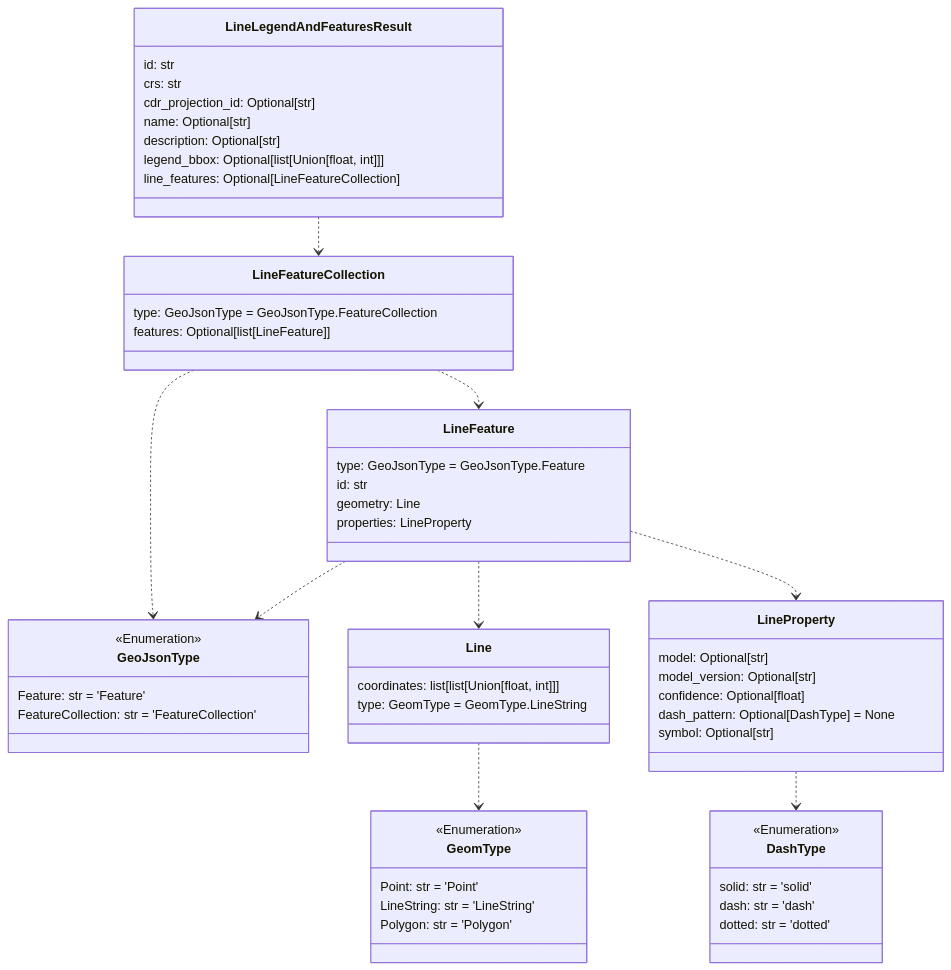
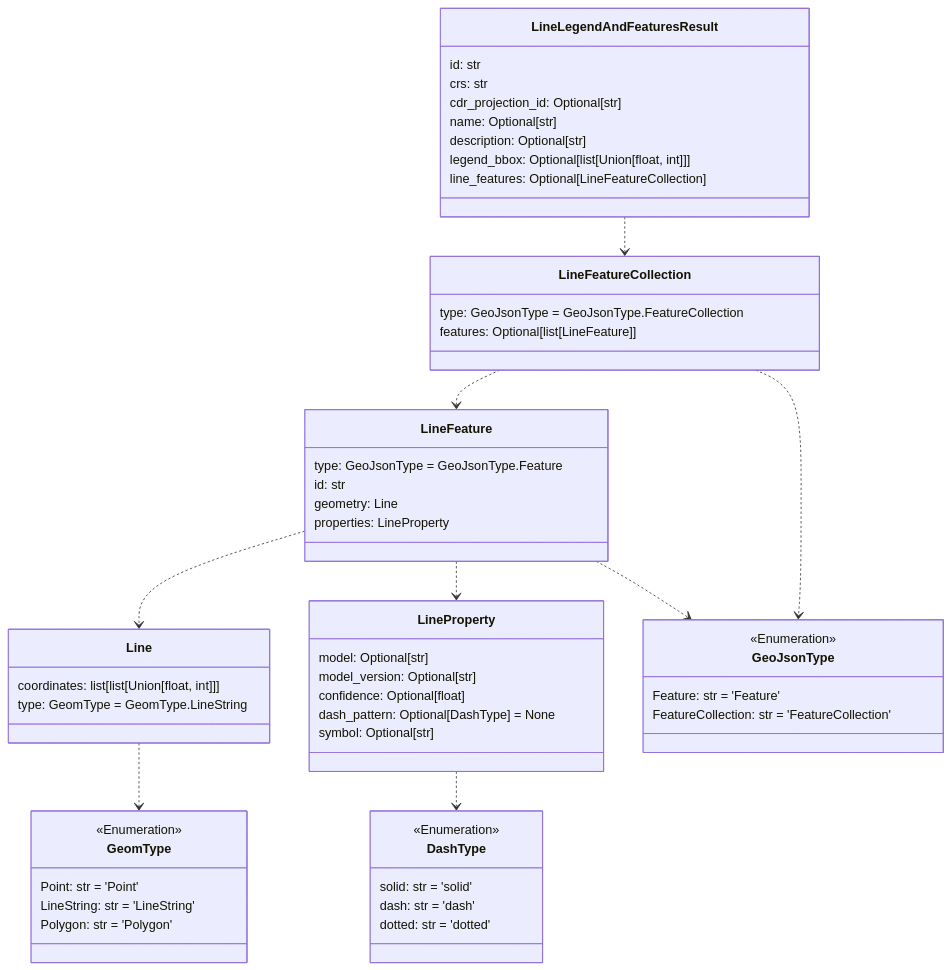
The fifth of 9 diagrams in README.md (UW-xDD/cdr_schemas), drawn with Mermaid before and after one commit. The commit also changed other lines of this file and 2 other files, not shown here.

````diff
--- a/README.md
+++ b/README.md
@@ -348,69 +348,69 @@
 ```mermaid
 classDiagram
 
-    class GeoJsonType {
-        <<Enumeration>>
-        Feature: str = 'Feature'
-        FeatureCollection: str = 'FeatureCollection'
+    class Line {
+        coordinates: list[list[Union[float, int]]]
+        type: GeomType = GeomType.LineString
     }
 
-    class LineFeatureCollection {
-        type: GeoJsonType = GeoJsonType.FeatureCollection
-        features: Optional[list[LineFeature]]
+    class DashType {
+        <<Enumeration>>
+        solid: str = 'solid'
+        dash: str = 'dash'
+        dotted: str = 'dotted'
     }
 
     class GeomType {
         <<Enumeration>>
         Point: str = 'Point'
         LineString: str = 'LineString'
         Polygon: str = 'Polygon'
     }
 
-    class Line {
-        coordinates: list[list[Union[float, int]]]
-        type: GeomType = GeomType.LineString
+    class LineFeatureCollection {
+        type: GeoJsonType = GeoJsonType.FeatureCollection
+        features: Optional[list[LineFeature]]
     }
 
     class LineProperty {
         model: Optional[str]
         model_version: Optional[str]
         confidence: Optional[float]
         dash_pattern: Optional[DashType] = None
         symbol: Optional[str]
+    }
+
+    class LineFeature {
+        type: GeoJsonType = GeoJsonType.Feature
+        id: str
+        geometry: Line
+        properties: LineProperty
     }
 
     class LineLegendAndFeaturesResult {
         id: str
         crs: str
         cdr_projection_id: Optional[str]
         name: Optional[str]
         description: Optional[str]
         legend_bbox: Optional[list[Union[float, int]]]
         line_features: Optional[LineFeatureCollection]
     }
 
-    class DashType {
+    class GeoJsonType {
         <<Enumeration>>
-        solid: str = 'solid'
-        dash: str = 'dash'
-        dotted: str = 'dotted'
-    }
-
-    class LineFeature {
-        type: GeoJsonType = GeoJsonType.Feature
-        id: str
-        geometry: Line
-        properties: LineProperty
+        Feature: str = 'Feature'
+        FeatureCollection: str = 'FeatureCollection'
     }
 
     Line ..> GeomType
     LineProperty ..> DashType
     LineFeature ..> Line
+    LineFeature ..> LineProperty
     LineFeature ..> GeoJsonType
-    LineFeature ..> LineProperty
+    LineFeatureCollection ..> LineFeature
     LineFeatureCollection ..> GeoJsonType
-    LineFeatureCollection ..> LineFeature
     LineLegendAndFeaturesResult ..> LineFeatureCollection
 
 
 ```
````
